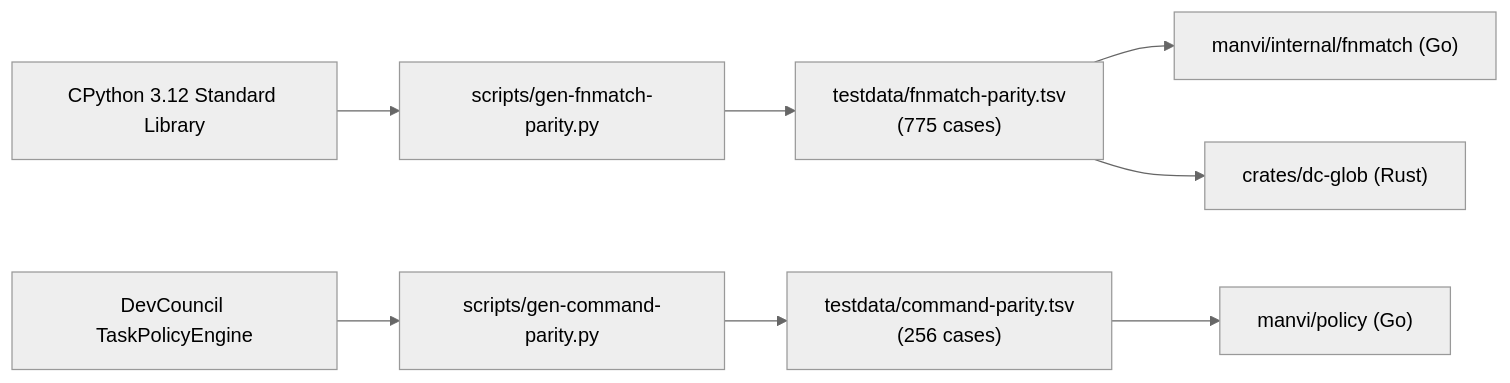
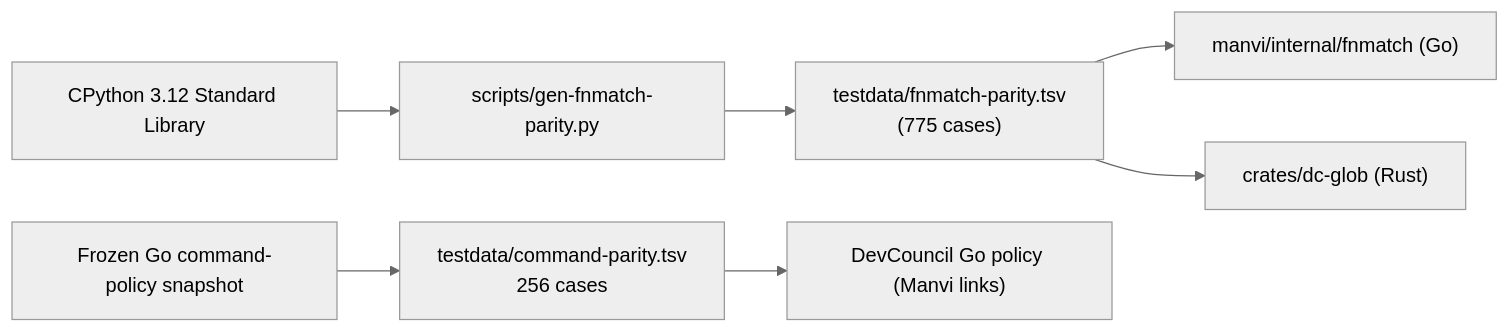
One commit to bharathvbcr/Manvi changed the first of 4 diagrams in docs/VERIFICATION_AND_PARITY.md. Above: the diagram before and after it, drawn with Mermaid (neutral theme). The commit also changed other lines of this file and 299 other files, not shown here.

````diff
--- a/docs/VERIFICATION_AND_PARITY.md
+++ b/docs/VERIFICATION_AND_PARITY.md
@@ -13,13 +13,12 @@
 ```mermaid
 flowchart LR
     CPython["CPython 3.12 Standard Library"] --> GenGlob["scripts/gen-fnmatch-parity.py"]
     GenGlob --> GlobTSV["testdata/fnmatch-parity.tsv<br/>(775 cases)"]
     
     GlobTSV --> GoFnmatch["manvi/internal/fnmatch (Go)"]
     GlobTSV --> RustGlob["crates/dc-glob (Rust)"]
 
-    PythonEngine["DevCouncil TaskPolicyEngine"] --> GenCmd["scripts/gen-command-parity.py"]
-    GenCmd --> CmdTSV["testdata/command-parity.tsv<br/>(256 cases)"]
+    Frozen["Frozen Go command-policy snapshot"] --> CmdTSV["testdata/command-parity.tsv<br/>256 cases"]
     
-    CmdTSV --> GoPolicy["manvi/policy (Go)"]
+    CmdTSV --> GoPolicy["DevCouncil Go policy (Manvi links)"]
 ```
````
